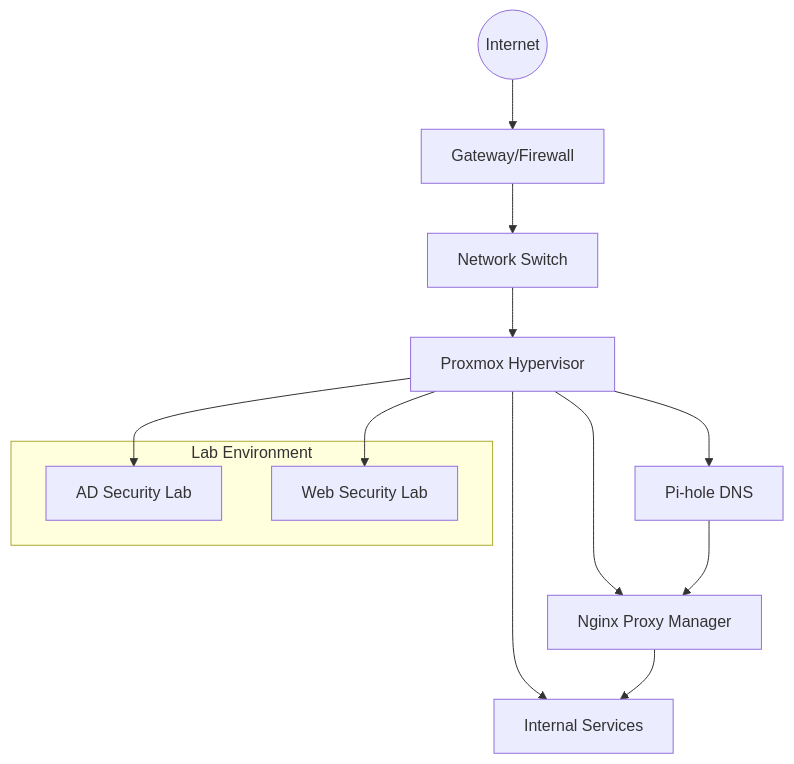
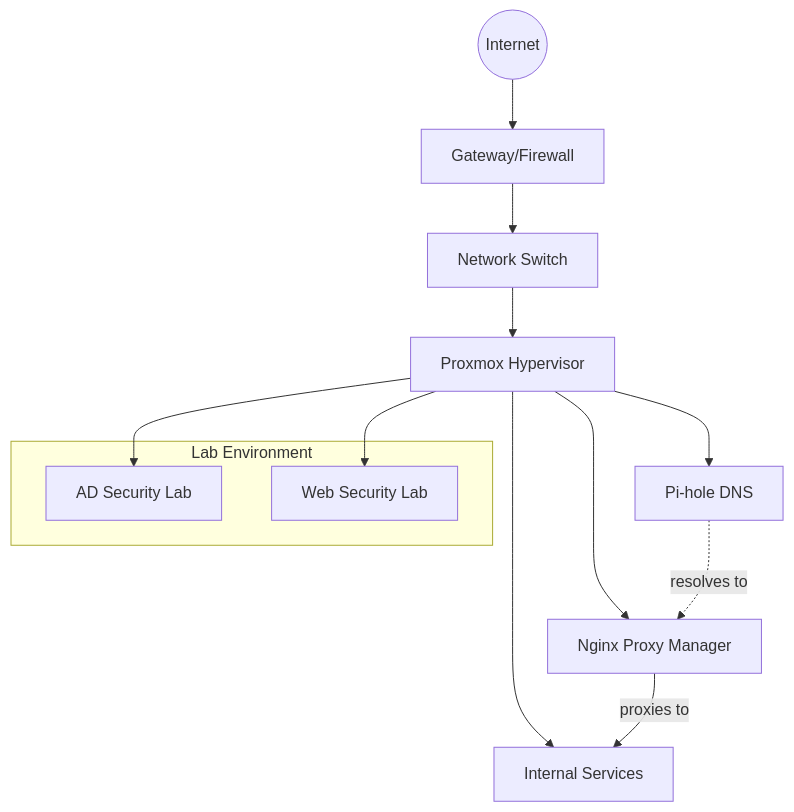
One commit to mariotorrestech/mariotorrestech.github.io changed the diagram in docs/homelab/index.md. Above: the diagram before and after it, drawn with Mermaid.

````diff
--- a/docs/homelab/index.md
+++ b/docs/homelab/index.md
@@ -28,20 +28,21 @@
 ```mermaid
 graph TD
     INTERNET((Internet)) --> ROUTER[Gateway/Firewall]
     ROUTER --> SWITCH[Network Switch]
     SWITCH --> PROXMOX[Proxmox Hypervisor]
 
     PROXMOX --> DNS[Pi-hole DNS]
     PROXMOX --> PROXY[Nginx Proxy Manager]
     PROXMOX --> SERVICES[Internal Services]
 
-    DNS --> PROXY --> SERVICES
+    DNS -.->|resolves to| PROXY
+    PROXY -->|proxies to| SERVICES
 
     subgraph Lab Environment
         ADLAB[AD Security Lab]
         WEBLAB[Web Security Lab]
     end
 
     PROXMOX --> ADLAB
     PROXMOX --> WEBLAB
 ```
````
